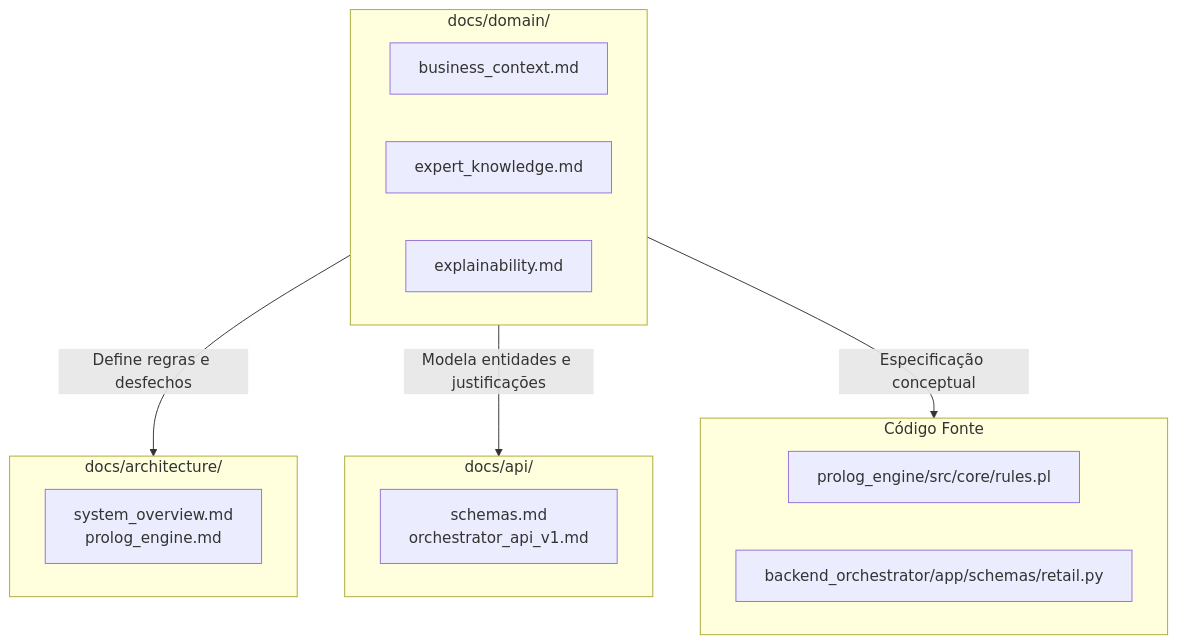
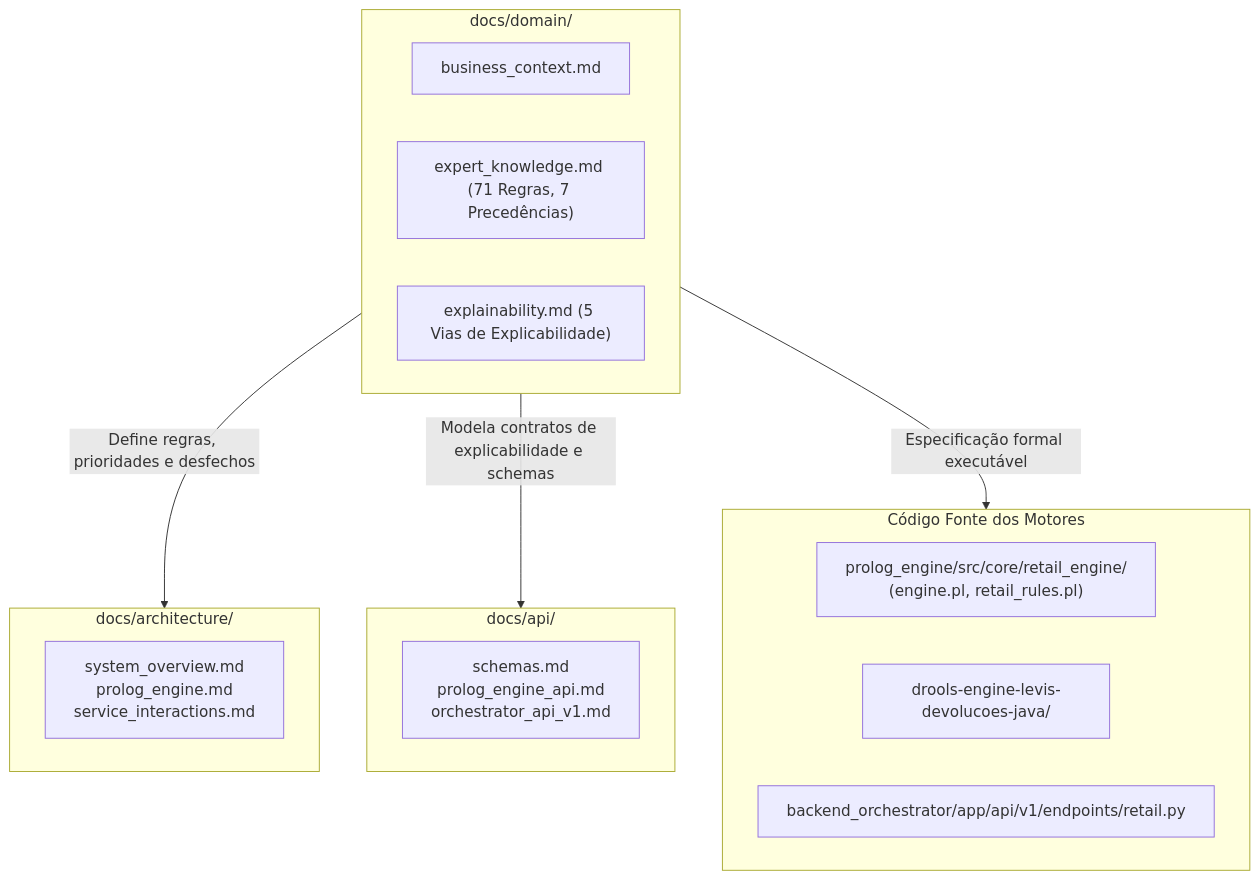
The diagram in docs/domain/README.md (Alvaro1940052/meia-equipa3-challenge1-26_27), drawn with Mermaid before and after one commit. The commit also changed other lines of this file and 46 other files, not shown here.

Commit message:
feat: add retail prolog inference engine and backend orchestration support

````diff
--- a/docs/domain/README.md
+++ b/docs/domain/README.md
@@ -26,25 +26,26 @@
 ```mermaid
 flowchart TD
     subgraph Dominio ["docs/domain/"]
         BC["business_context.md"]
-        EK["expert_knowledge.md"]
-        EX["explainability.md"]
+        EK["expert_knowledge.md (71 Regras, 7 Precedências)"]
+        EX["explainability.md (5 Vias de Explicabilidade)"]
     end
 
     subgraph Arquitetura ["docs/architecture/"]
-        ARCH["system_overview.md<br>prolog_engine.md"]
+        ARCH["system_overview.md<br/>prolog_engine.md<br/>service_interactions.md"]
     end
 
     subgraph API ["docs/api/"]
-        SCHEMAS["schemas.md<br>orchestrator_api_v1.md"]
+        SCHEMAS["schemas.md<br/>prolog_engine_api.md<br/>orchestrator_api_v1.md"]
     end
 
-    subgraph Implementacao ["Código Fonte"]
-        PL["prolog_engine/src/core/rules.pl"]
-        PY["backend_orchestrator/app/schemas/retail.py"]
+    subgraph Implementacao ["Código Fonte dos Motores"]
+        PL["prolog_engine/src/core/retail_engine/<br/>(engine.pl, retail_rules.pl)"]
+        DR["drools-engine-levis-devolucoes-java/"]
+        PY["backend_orchestrator/app/api/v1/endpoints/retail.py"]
     end
 
-    Dominio -->|Define regras e desfechos| Arquitetura
-    Dominio -->|Modela entidades e justificações| API
-    Dominio -->|Especificação conceptual| Implementacao
+    Dominio -->|Define regras, prioridades e desfechos| Arquitetura
+    Dominio -->|Modela contratos de explicabilidade e schemas| API
+    Dominio -->|Especificação formal executável| Implementacao
 ```
````
